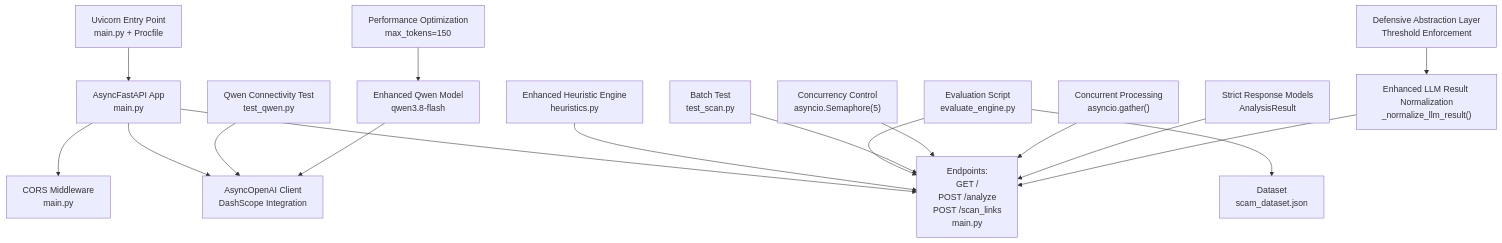
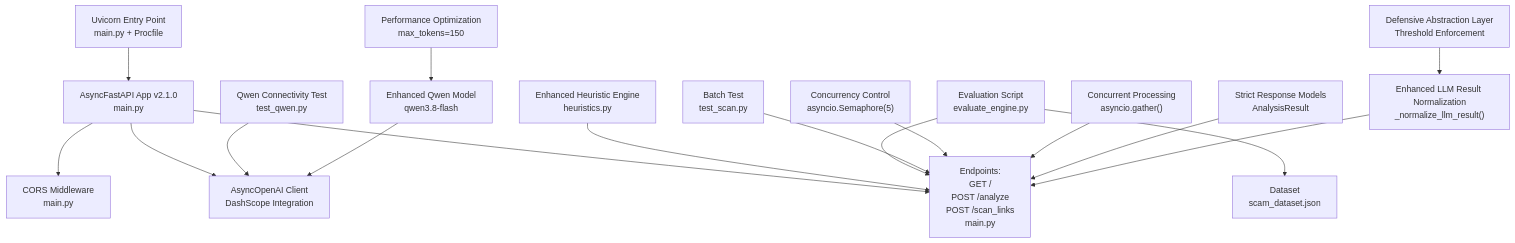
The first of 5 diagrams in .qoder/repowiki/en/content/Backend API Documentation.md (Aymanaahh/scrollguard-ai), drawn with Mermaid before and after one commit. The commit also changed other lines of this file and 28 other files, not shown here.

````diff
--- a/.qoder/repowiki/en/content/Backend API Documentation.md
+++ b/.qoder/repowiki/en/content/Backend API Documentation.md
@@ -52,19 +51,19 @@
 ```mermaid
 graph TB
-A["AsyncFastAPI App<br/>main.py"] --> B["CORS Middleware<br/>main.py"]
+A["AsyncFastAPI App v2.1.0<br/>main.py"] --> B["CORS Middleware<br/>main.py"]
 A --> C["AsyncOpenAI Client<br/>DashScope Integration"]
 A --> D["Endpoints:<br/>GET /<br/>POST /analyze<br/>POST /scan_links<br/>main.py"]
 E["Enhanced Heuristic Engine<br/>heuristics.py"] --> D
 F["Evaluation Script<br/>evaluate_engine.py"] --> D
 F --> G["Dataset<br/>scam_dataset.json"]
 H["Batch Test<br/>test_scan.py"] --> D
 I["Qwen Connectivity Test<br/>test_qwen.py"] --> C
 J["Concurrency Control<br/>asyncio.Semaphore(5)"] --> D
 K["Concurrent Processing<br/>asyncio.gather()"] --> D
 L["Uvicorn Entry Point<br/>main.py + Procfile"] --> A
 M["Strict Response Models<br/>AnalysisResult"] --> D
 N["Enhanced LLM Result Normalization<br/>_normalize_llm_result()"] --> D
 O["Enhanced Qwen Model<br/>qwen3.8-flash"] --> C
 P["Defensive Abstraction Layer<br/>Threshold Enforcement"] --> N
 Q["Performance Optimization<br/>max_tokens=150"] --> O
 ```
````
